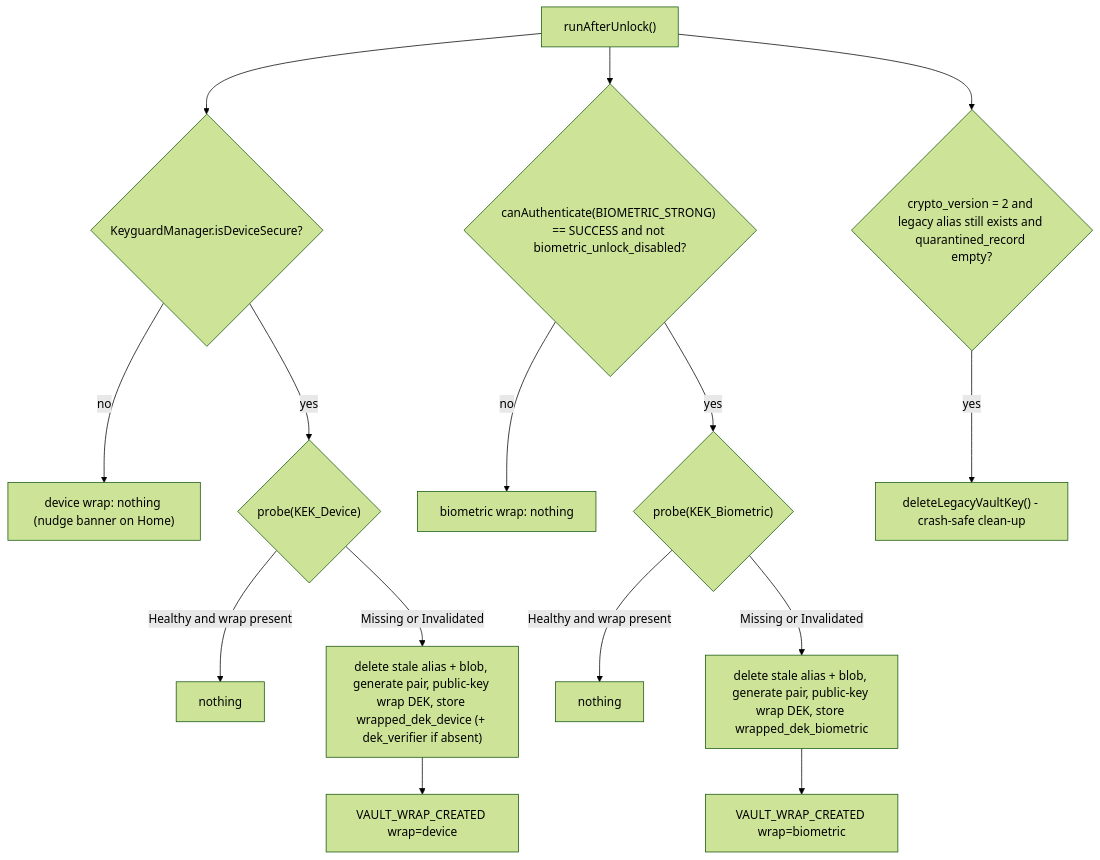
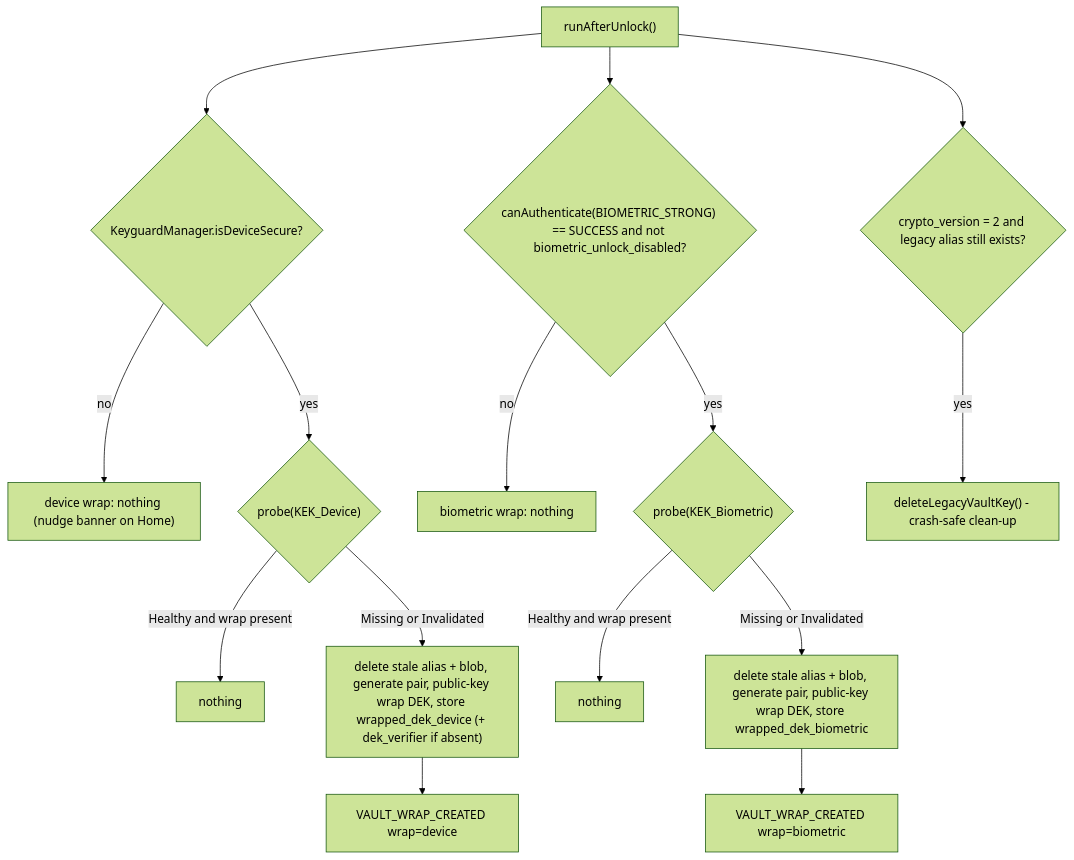
The tenth of 23 diagrams in docs/design/envelope-encryption.md (Ni3verma/Safe-Box), drawn with Mermaid (forest theme) before and after one commit. The commit also changed other lines of this file and 16 other files, not shown here.

````diff
--- a/docs/design/envelope-encryption.md
+++ b/docs/design/envelope-encryption.md
@@ -682,17 +682,17 @@
 ```mermaid
 flowchart TB
     S["runAfterUnlock()"] --> D{"KeyguardManager.isDeviceSecure?"}
     D -->|"no"| DN["device wrap: nothing (nudge banner on Home)"]
     D -->|"yes"| DP{"probe(KEK_Device)"}
     DP -->|"Healthy and wrap present"| DOK["nothing"]
     DP -->|"Missing or Invalidated"| DC["delete stale alias + blob, generate pair, public-key wrap DEK, store wrapped_dek_device (+ dek_verifier if absent)"]
     S --> B{"canAuthenticate(BIOMETRIC_STRONG) == SUCCESS and not biometric_unlock_disabled?"}
     B -->|"no"| BN["biometric wrap: nothing"]
     B -->|"yes"| BPr{"probe(KEK_Biometric)"}
     BPr -->|"Healthy and wrap present"| BOK["nothing"]
     BPr -->|"Missing or Invalidated"| BC["delete stale alias + blob, generate pair, public-key wrap DEK, store wrapped_dek_biometric"]
-    S --> LA{"crypto_version = 2 and legacy alias still exists and quarantined_record empty?"}
+    S --> LA{"crypto_version = 2 and legacy alias still exists?"}
     LA -->|"yes"| LD["deleteLegacyVaultKey() - crash-safe clean-up"]
     DC --> L["VAULT_WRAP_CREATED wrap=device"]
     BC --> L2["VAULT_WRAP_CREATED wrap=biometric"]
 ```
````
